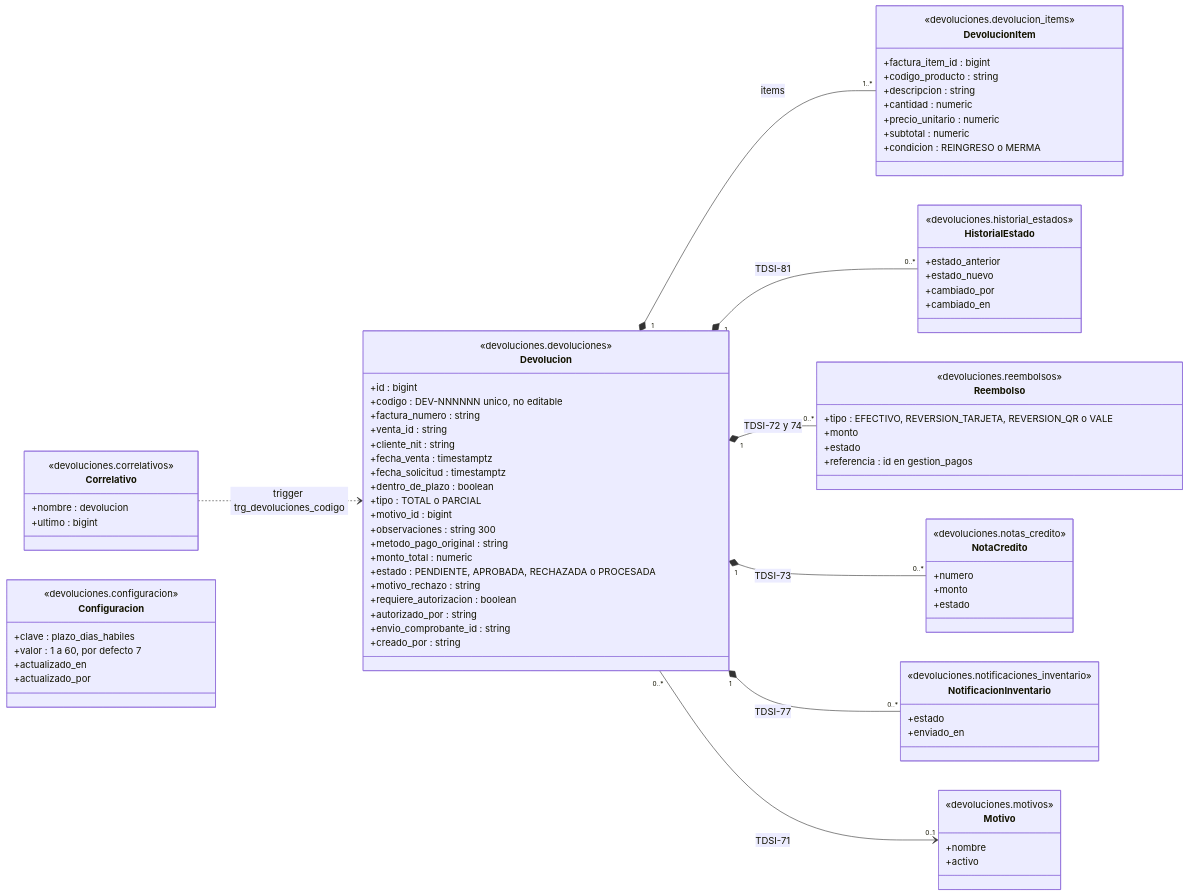
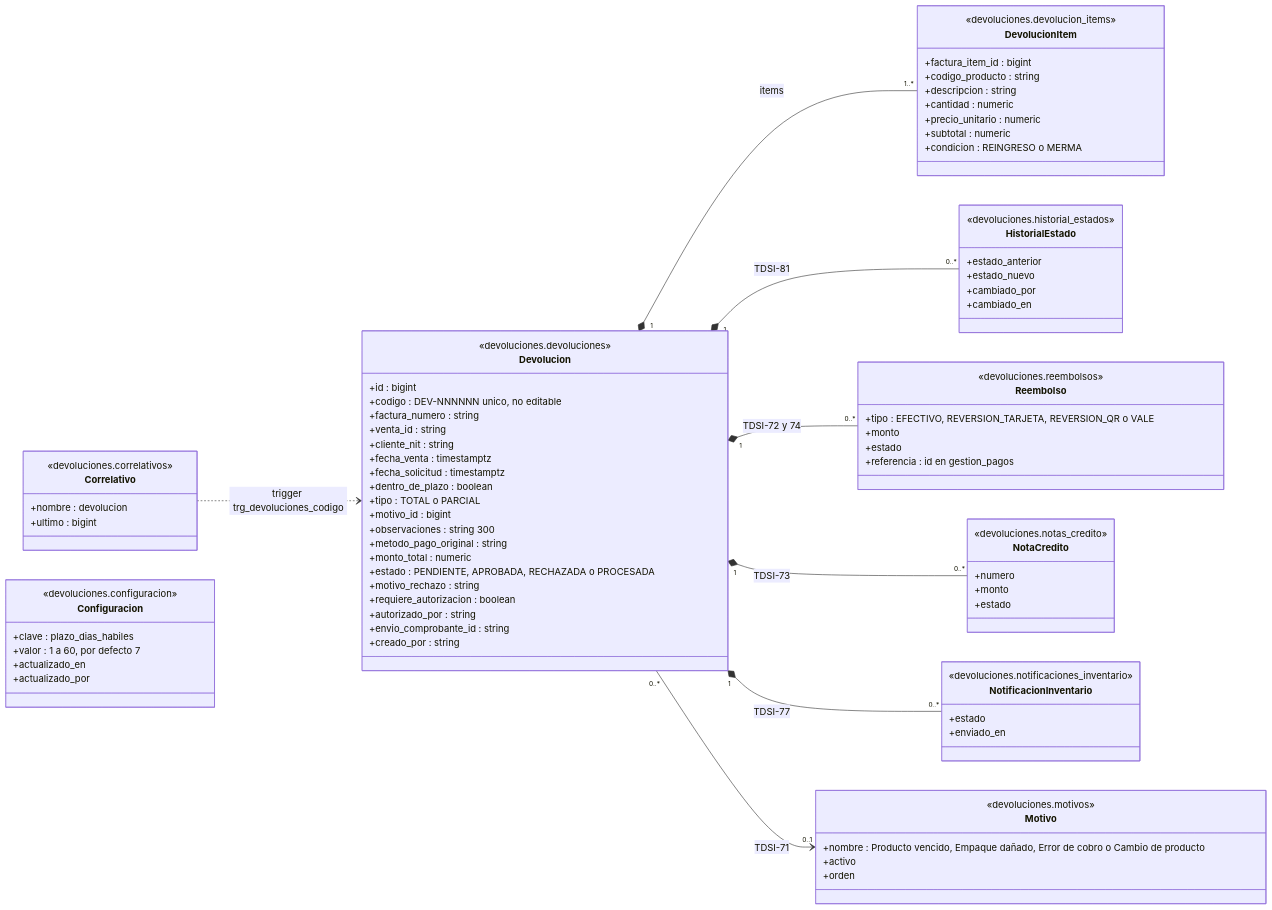
Before and after one commit to Rosav-dotcom/TallerSIS-A2: the second of 2 diagrams in Back/servicios/devoluciones_reembolsos/docs/diagrama-clases.md, drawn with Mermaid. The commit also changed other lines of this file and 3 other files, not shown here.

```diff
--- a/Back/servicios/devoluciones_reembolsos/docs/diagrama-clases.md
+++ b/Back/servicios/devoluciones_reembolsos/docs/diagrama-clases.md
@@ -182,8 +193,9 @@
     }
     class Motivo {
         <<devoluciones.motivos>>
-        +nombre
+        +nombre : Producto vencido, Empaque dañado, Error de cobro o Cambio de producto
         +activo
+        +orden
     }
     class HistorialEstado {
         <<devoluciones.historial_estados>>
```
